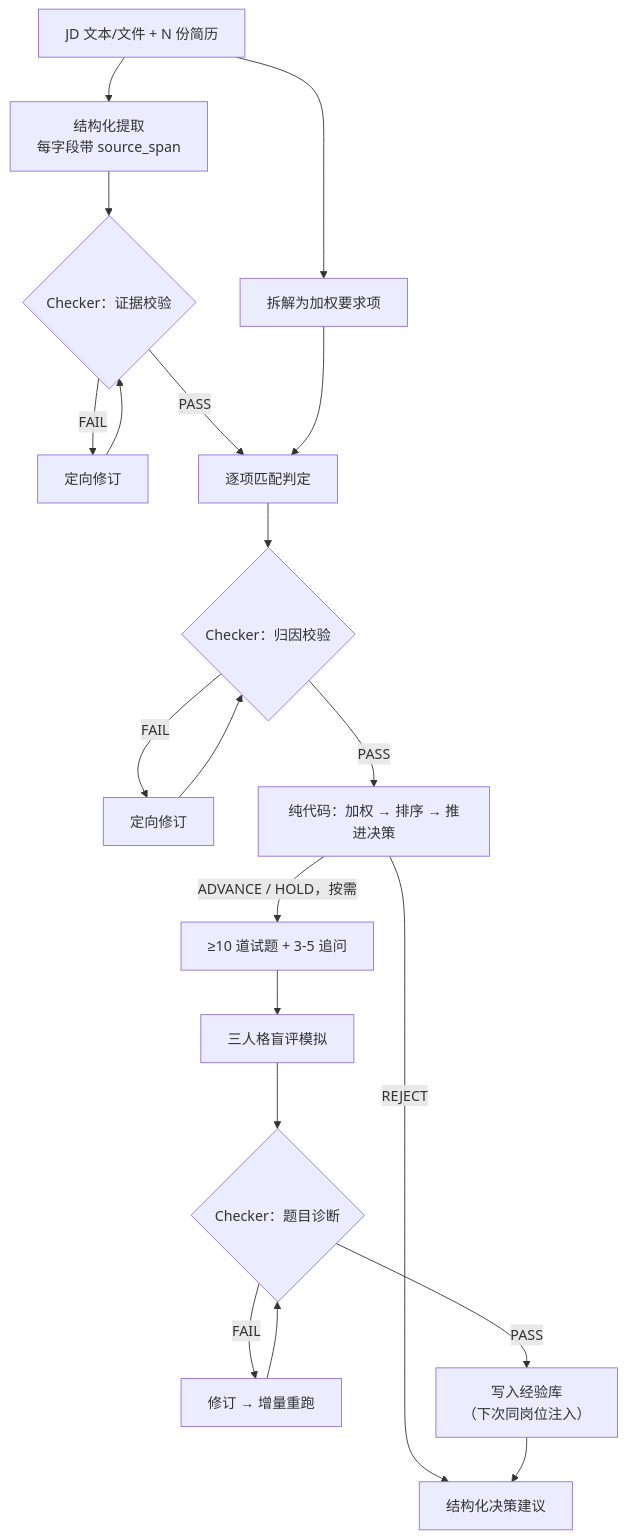
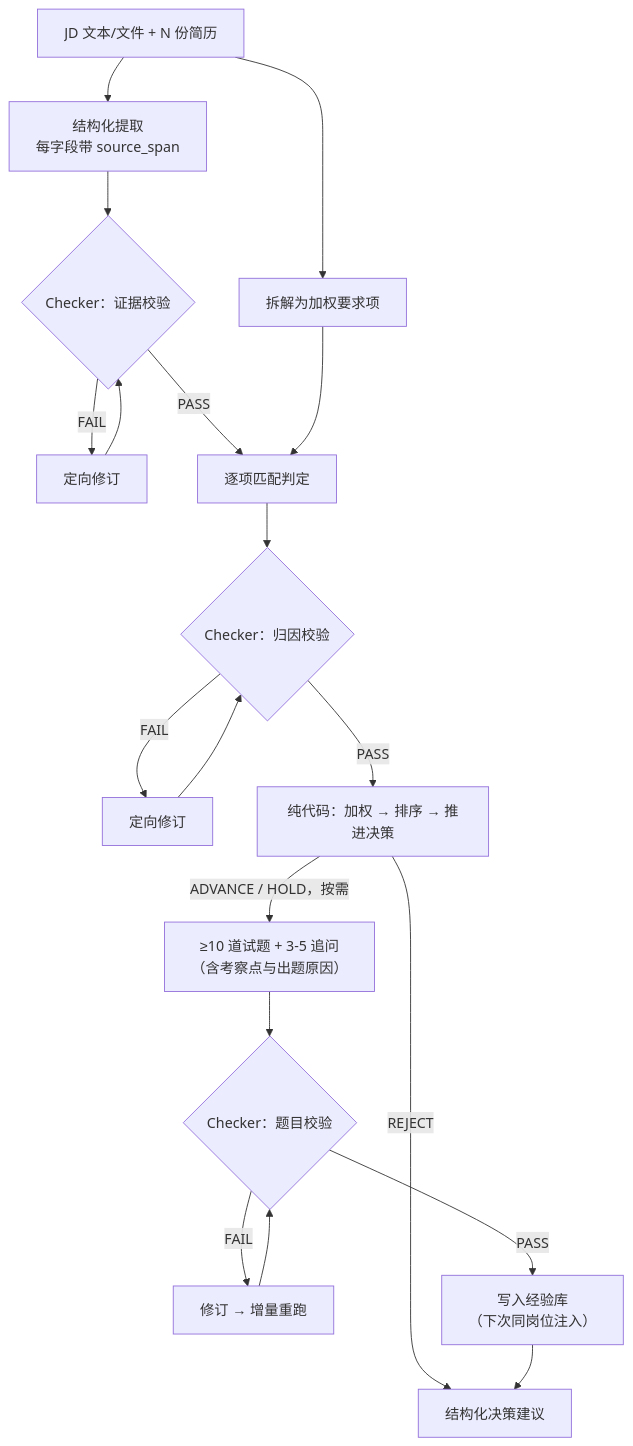
Before and after one commit to 1367877593-ops/resume-screening-agent: the first of 2 diagrams in README.md, drawn with Mermaid. The commit also changed other lines of this file and 51 other files, not shown here.

````diff
--- a/README.md
+++ b/README.md
@@ -111,22 +109,21 @@
 ```mermaid
 flowchart TD
     A["JD 文本/文件 + N 份简历"] --> B["拆解为加权要求项"]
     A --> C["结构化提取<br/>每字段带 source_span"]
     C --> D{"Checker：证据校验"}
     D -->|FAIL| E["定向修订"]
     E --> D
     D -->|PASS| F["逐项匹配判定"]
     B --> F
     F --> G{"Checker：归因校验"}
     G -->|FAIL| H["定向修订"]
     H --> G
     G -->|PASS| I["纯代码：加权 → 排序 → 推进决策"]
     I -->|REJECT| N["结构化决策建议"]
-    I -->|ADVANCE / HOLD，按需| J["≥10 道试题 + 3-5 追问"]
-    J --> K["三人格盲评模拟"]
-    K --> L{"Checker：题目诊断"}
+    I -->|ADVANCE / HOLD，按需| J["≥10 道试题 + 3-5 追问<br/>（含考察点与出题原因）"]
+    J --> L{"Checker：题目校验"}
     L -->|FAIL| M["修订 → 增量重跑"]
     M --> L
     L -->|PASS| O["写入经验库<br/>（下次同岗位注入）"]
     O --> N
 ```
````
